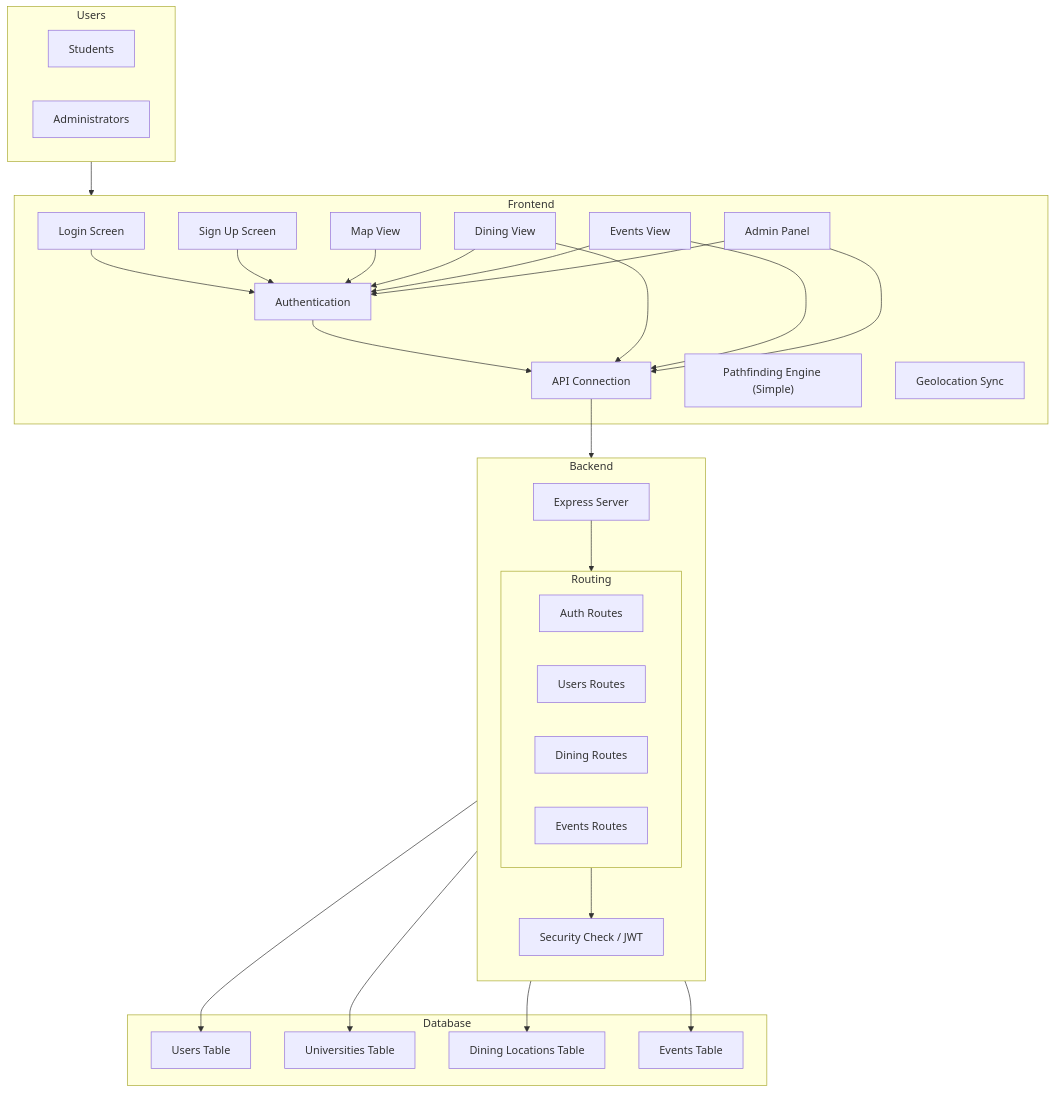
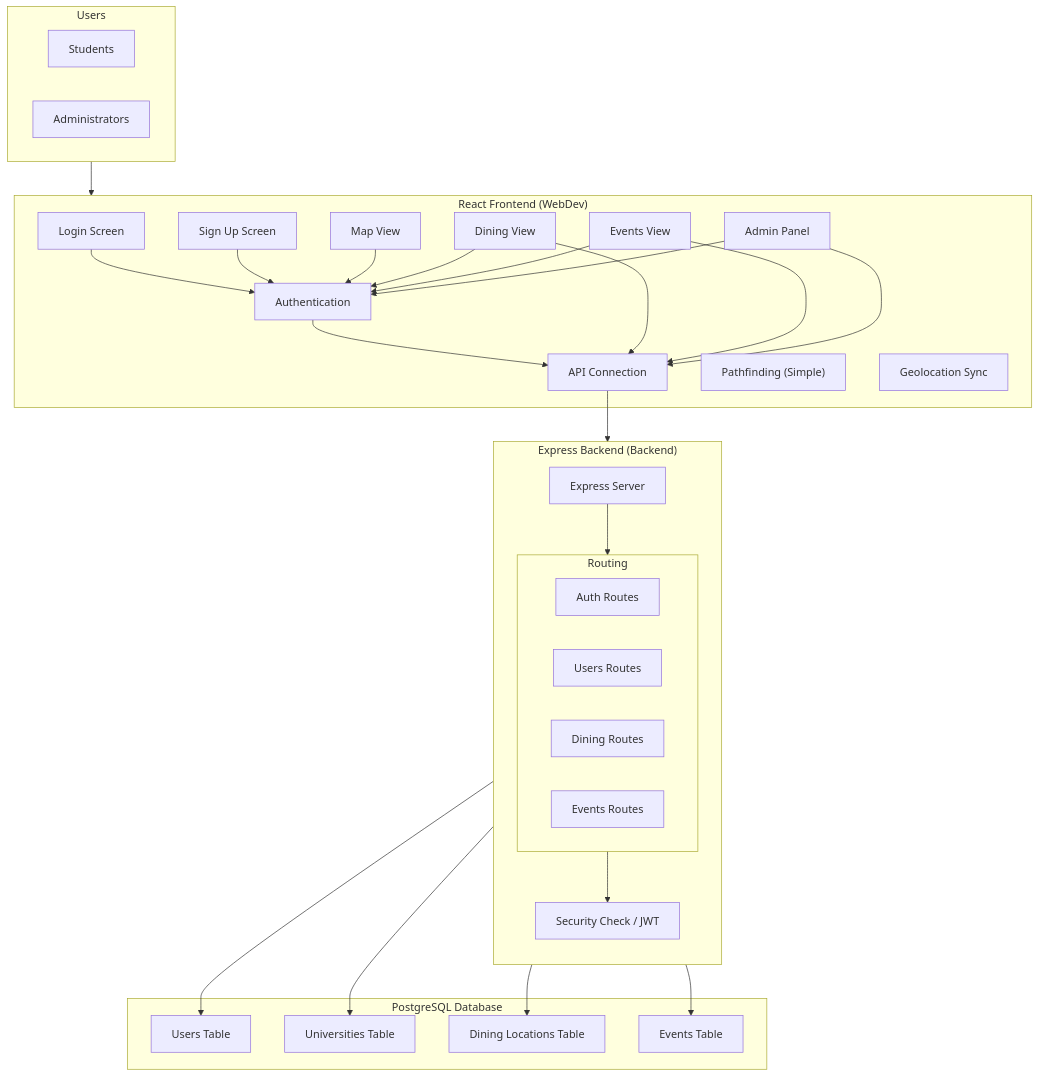
Before and after one commit to KabbalahTreeofLife/U-Nav: the second of 7 diagrams in ARCHITECTURE.md, drawn with Mermaid. The commit also changed other lines of this file and 1 other file, not shown here.

Commit message:
Update documentation: Add key files reference and better user roles in ARCHITECTURE.md, add file purposes in CODEBASE_NAVIGATION.md

````diff
--- a/ARCHITECTURE.md
+++ b/ARCHITECTURE.md
@@ -42,63 +46,63 @@
 ```mermaid
 flowchart TB
     subgraph Users
         Student["Students"]
         Admin["Administrators"]
     end
 
-    subgraph Frontend
+    subgraph Frontend["React Frontend (WebDev)"]
         LoginPage["Login Screen"]
         SignupPage["Sign Up Screen"]
         MapPage["Map View"]
         DiningPage["Dining View"]
         EventsPage["Events View"]
         AdminPage["Admin Panel"]
         Auth["Authentication"]
         API["API Connection"]
-        Pathfinding["Pathfinding Engine (Simple)"]
+        Pathfinding["Pathfinding (Simple)"]
         Geo["Geolocation Sync"]
     end
 
-    subgraph Backend
+    subgraph Backend["Express Backend (Backend)"]
         direction TB
         Express["Express Server"]
         subgraph Routing
             direction LR
             AuthRoutes["Auth Routes"]
             UsersRoutes["Users Routes"]
             DiningRoutes["Dining Routes"]
             EventsRoutes["Events Routes"]
         end
         Middleware["Security Check / JWT"]
     end
 
-    subgraph Database
+    subgraph Database["PostgreSQL Database"]
         UsersDB["Users Table"]
         UnivDB["Universities Table"]
         DiningDB["Dining Locations Table"]
         EventsDB["Events Table"]
     end
 
     Users --> Frontend
 
     LoginPage --> Auth
     SignupPage --> Auth
     MapPage --> Auth
     DiningPage --> Auth
     EventsPage --> Auth
     AdminPage --> Auth
 
     Auth --> API
     DiningPage --> API
     EventsPage --> API
     AdminPage --> API
 
     API --> Express
     Express --> Routing
     Routing --> Middleware
 
     Middleware --> UsersDB
     Middleware --> UnivDB
     Middleware --> DiningDB
     Middleware --> EventsDB
 ```
````
